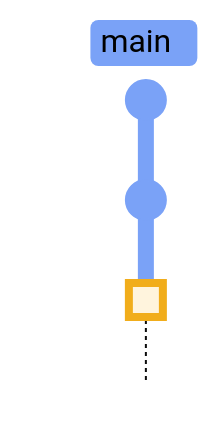
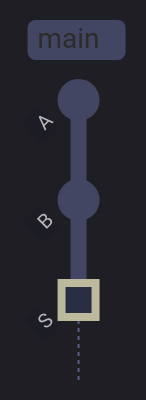
One commit to alp78/elysium changed the ninth of 12 diagrams in content/08-Git/04-merge-vs-rebase-vs-squash.md. Above: the diagram before and after it, drawn with Mermaid. The commit also changed other lines of this file and 4 other files, not shown here.

````diff
--- a/content/08-Git/04-merge-vs-rebase-vs-squash.md
+++ b/content/08-Git/04-merge-vs-rebase-vs-squash.md
@@ -250,7 +559,18 @@
 ```mermaid
-%%{init: {'theme': 'base', 'themeVariables': {'git0': '#7aa2f7', 'git1': '#f7768e', 'git2': '#9ece6a', 'git3': '#e0af68', 'git4': '#bb9af7', 'gitBranchLabel0': '#000000', 'gitBranchLabel1': '#000000', 'gitBranchLabel2': '#000000', 'gitBranchLabel3': '#000000', 'commitLabelColor': '#ffffff', 'commitLabelBackground': 'transparent', 'commitLabelFontSize': '14px', 'tagLabelColor': '#000000', 'tagLabelBackground': '#c0caf5'}, 'gitGraph': {'mainBranchName': 'main'}} }%%
+%%{init: {'theme': 'dark', 'themeVariables': {
+  'primaryColor': '#292e42',
+  'primaryTextColor': '#c0caf5',
+  'primaryBorderColor': '#565f89',
+  'lineColor': '#565f89',
+  'secondaryColor': '#1a1b26',
+  'tertiaryColor': '#24283b',
+  'noteTextColor': '#c0caf5',
+  'noteBkgColor': '#292e42',
+  'textColor': '#c0caf5',
+  'fontSize': '14px'
+}, 'gitGraph': {'mainBranchName': 'main'}}}%%
 gitGraph TB:
   commit id: "A"
   commit id: "B"
-  commit id: "feat: add" type: HIGHLIGHT
+  commit id: "S" type: HIGHLIGHT
 ```
````
